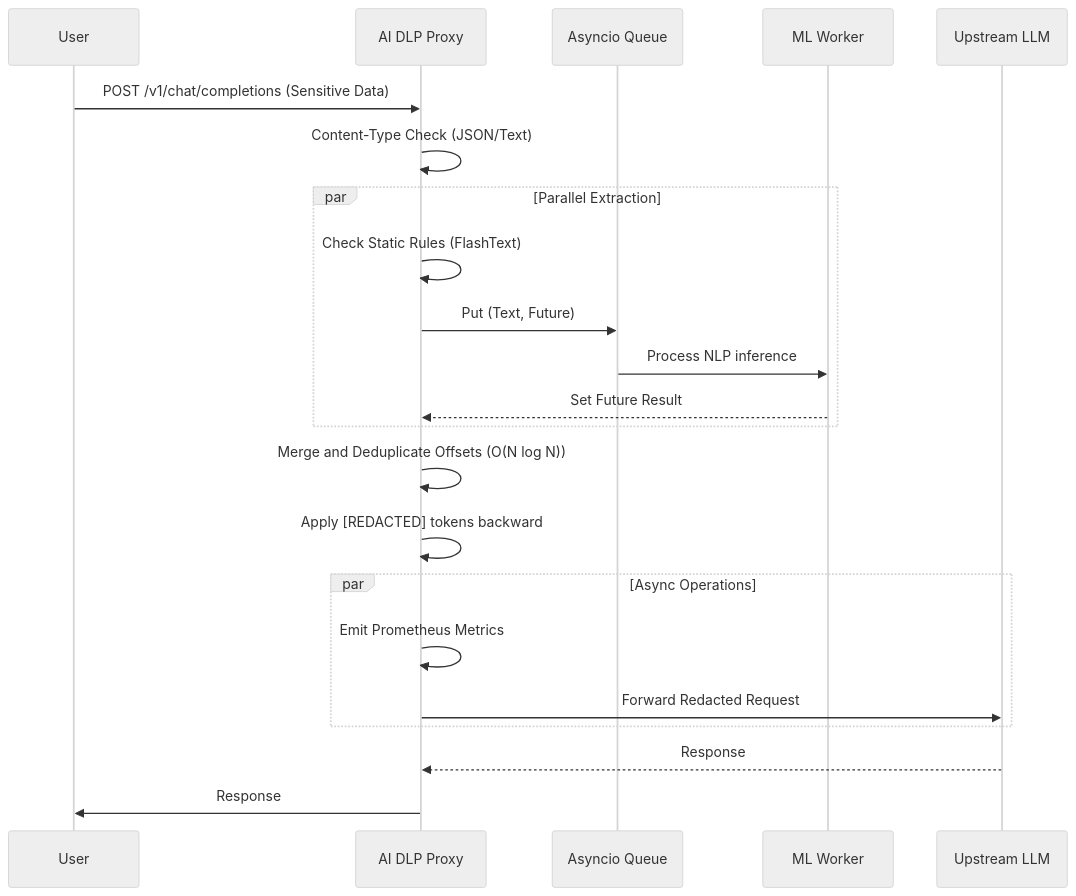
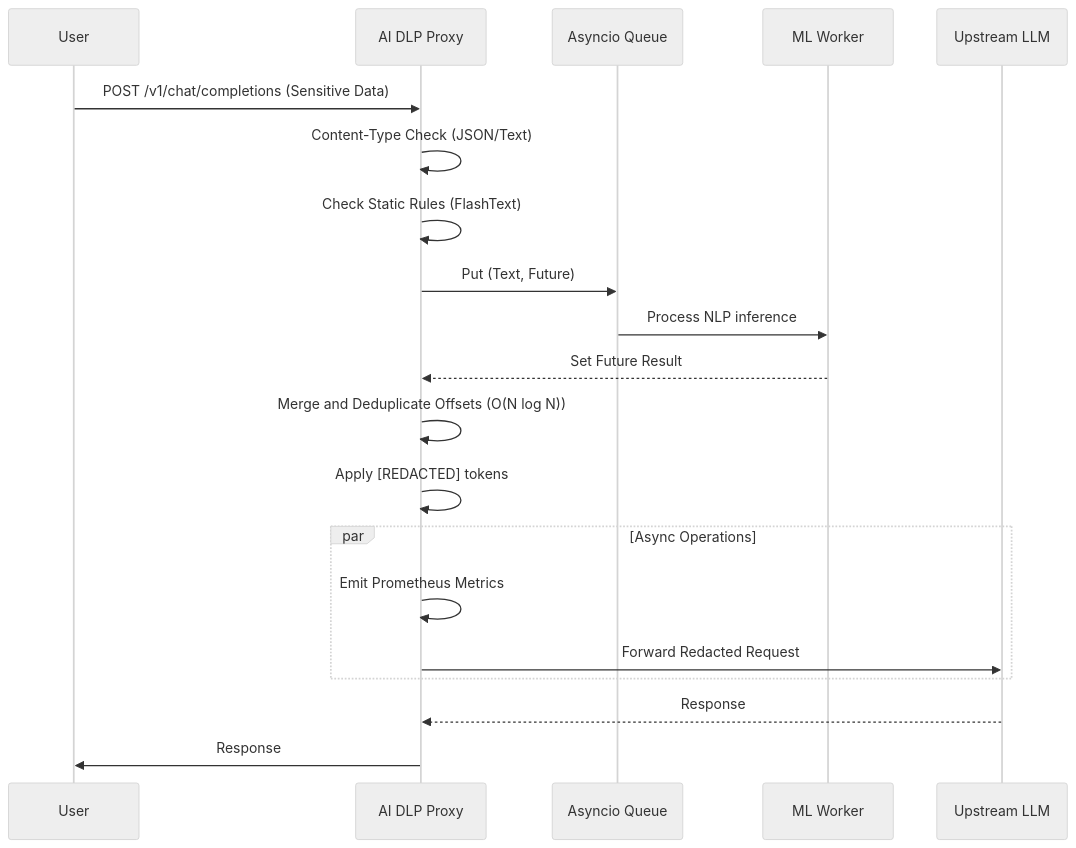
One commit to fabriziosalmi/aidlp changed the diagram in docs/guide/architecture.md. Above: the diagram before and after it, drawn with Mermaid (neutral theme). The commit also changed other lines of this file and 20 other files, not shown here.

````diff
--- a/docs/guide/architecture.md
+++ b/docs/guide/architecture.md
@@ -9,29 +9,27 @@
 ```mermaid
 sequenceDiagram
     participant User
     participant Proxy as AI DLP Proxy
     participant Queue as Asyncio Queue
     participant MLWorker as ML Worker
     participant LLM as Upstream LLM
 
     User->>Proxy: POST /v1/chat/completions (Sensitive Data)
     Proxy->>Proxy: Content-Type Check (JSON/Text)
 
-    par Parallel Extraction
-        Proxy->>Proxy: Check Static Rules (FlashText)
-        Proxy->>Queue: Put (Text, Future)
-        Queue->>MLWorker: Process NLP inference
-        MLWorker-->>Proxy: Set Future Result
-    end
+    Proxy->>Proxy: Check Static Rules (FlashText)
+    Proxy->>Queue: Put (Text, Future)
+    Queue->>MLWorker: Process NLP inference
+    MLWorker-->>Proxy: Set Future Result
 
     Proxy->>Proxy: Merge and Deduplicate Offsets (O(N log N))
-    Proxy->>Proxy: Apply [REDACTED] tokens backward
+    Proxy->>Proxy: Apply [REDACTED] tokens
 
     par Async Operations
         Proxy->>Proxy: Emit Prometheus Metrics
         Proxy->>LLM: Forward Redacted Request
     end
 
     LLM-->>Proxy: Response
     Proxy->>User: Response
 ```
````
